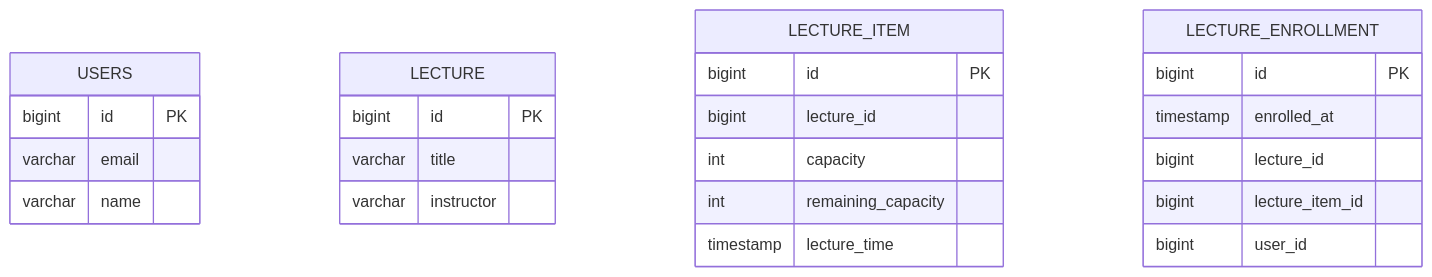
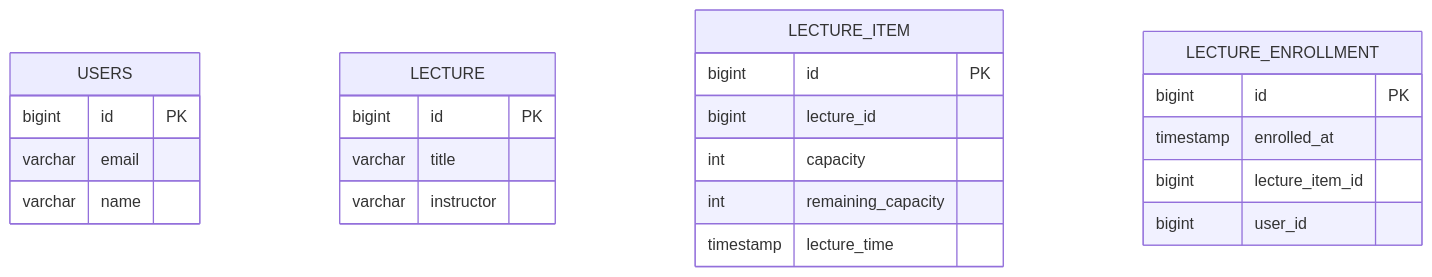
One commit to rueun/hhplus-clean-architecture changed the diagram in docs/erd_overview.md. Above: the diagram before and after it, drawn with Mermaid. The commit also changed other lines of this file and 1 other file, not shown here.

Commit message:
docs: ERD 문서 보완

````diff
--- a/docs/erd_overview.md
+++ b/docs/erd_overview.md
@@ -4,30 +4,29 @@
 ```mermaid
 erDiagram
     USERS {
         bigint id PK
         varchar email
         varchar name
     }
 
     LECTURE {
         bigint id PK
         varchar title
         varchar instructor
     }
 
     LECTURE_ITEM {
         bigint id PK
         bigint lecture_id
         int capacity
         int remaining_capacity
         timestamp lecture_time
     }
 
     LECTURE_ENROLLMENT {
         bigint id PK
         timestamp enrolled_at
-        bigint lecture_id
         bigint lecture_item_id
         bigint user_id
     }
 ```
````
